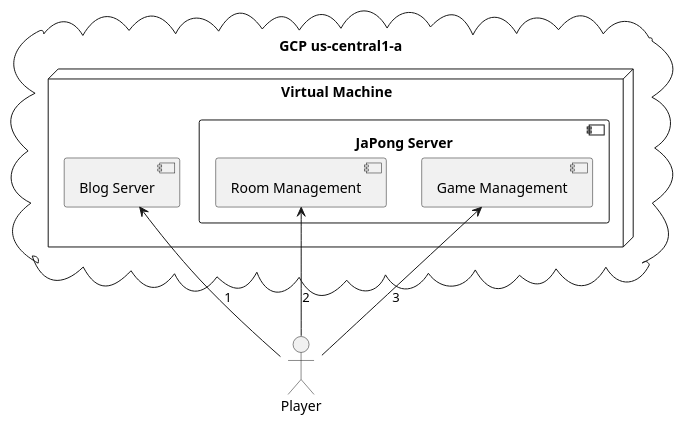
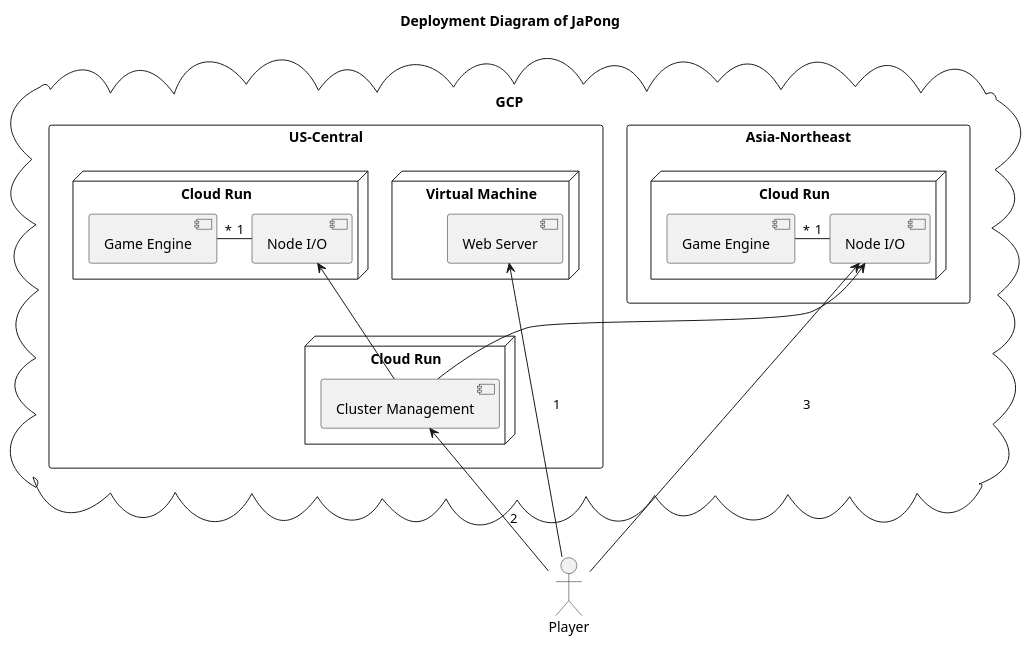
One commit to uztbt/japong-design changed the diagram in uml/deployment.plantuml. Above: the diagram before and after it, drawn with PlantUML. The commit also changed 3 other files, not shown here.

Commit message:
Update deployment diagram

```diff
--- a/uml/deployment.plantuml
+++ b/uml/deployment.plantuml
@@ -1,18 +1,33 @@
 @startuml
+title "Deployment Diagram of JaPong"
 
 actor Player
-cloud "GCP us-central1-a" {
-  node "Virtual Machine" {
-    component "Blog Server" as Blog
-    component "JaPong Server" as JaPong {
-      component "Room Management" as RoomManagement
-      component "Game Management" as GameManagement
+cloud "GCP" {
+  rectangle "Asia-Northeast" {
+    node "Cloud Run" as RunAN {
+      component "Node I/O" as NodeIOAN
+      component "Game Engine" as GameEngineAN
+    }
+  }
+  rectangle "US-Central" {
+    node "Cloud Run" as ClusterManagementNode {
+      component "Cluster Management" as ClusterManagement
+    }
+    node "Cloud Run" as RunUC {
+      component "Node I/O" as NodeIOUC
+      component "Game Engine" as GameEngineUC
+    }
+    node "Virtual Machine" {
+      component "Web Server" as WebServer
     }
   }
 }
 
-Blog <-- Player: 1
-RoomManagement <-- Player: 2
-GameManagement <-- Player: 3
-
+WebServer <-- Player: 1
+ClusterManagement <-- Player: 2
+NodeIOAN <-- Player: 3
+GameEngineAN "*" - "1" NodeIOAN
+GameEngineUC "*" - "1" NodeIOUC
+NodeIOAN <-- ClusterManagement
+NodeIOUC <-- ClusterManagement
 @enduml
```
